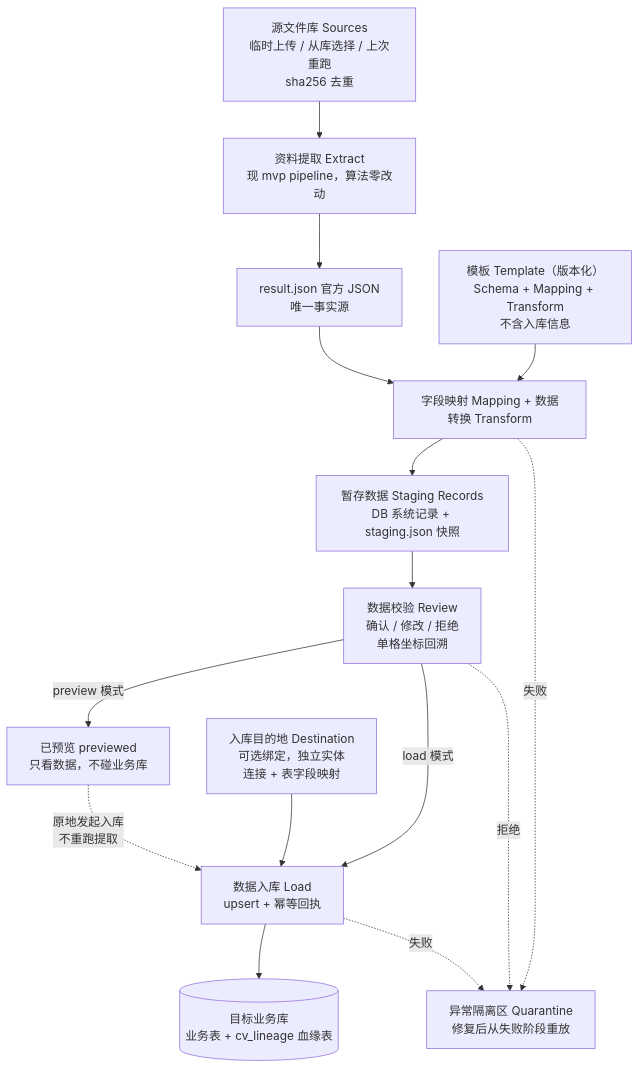
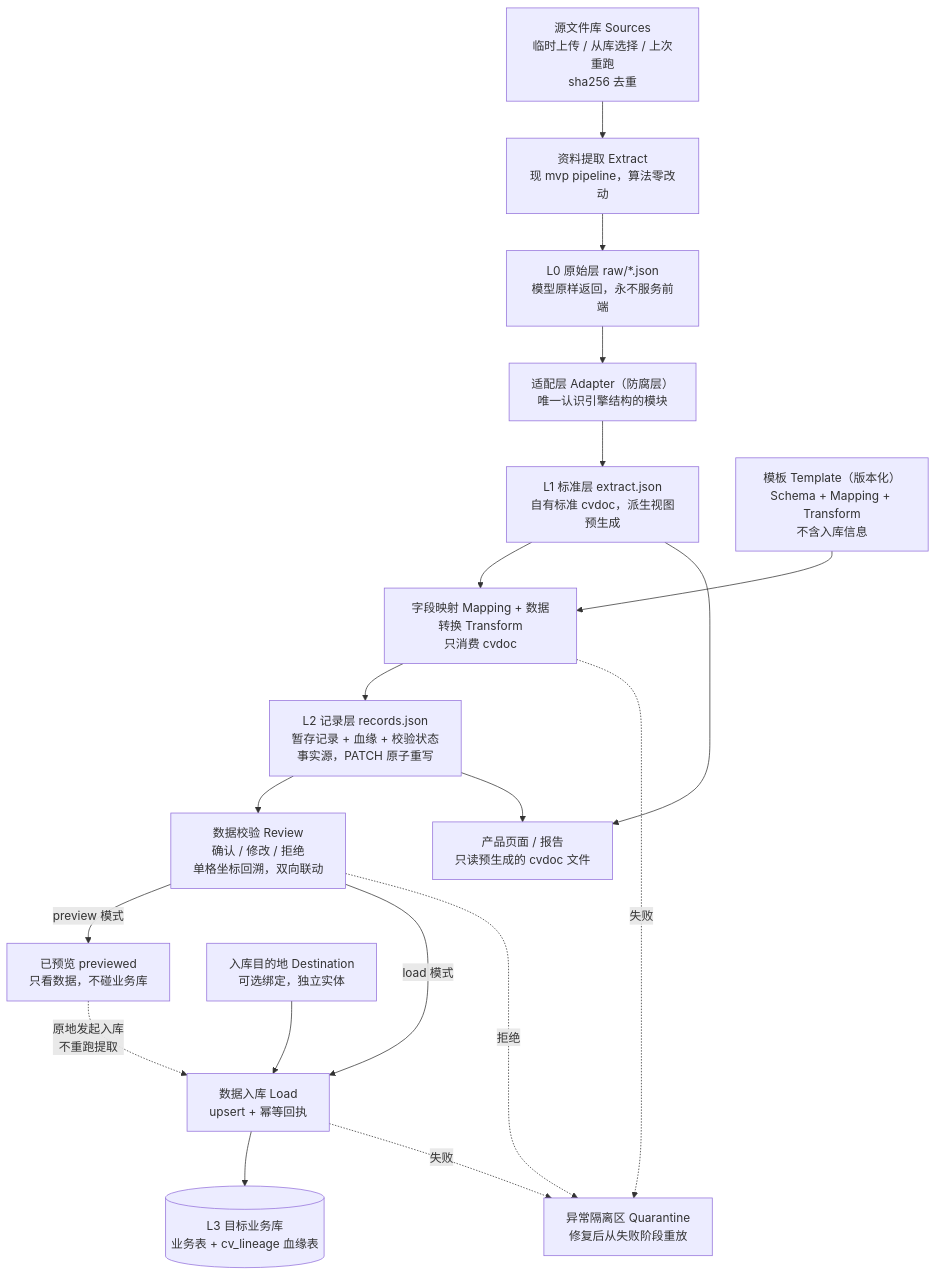
Before and after one commit to freeedoooooo/algs: the first of 7 diagrams in 20-CV/mvp/docs/design-data-pipeline.md, drawn with Mermaid. The commit also changed other lines of this file and 6 other files, not shown here.

````diff
--- a/20-CV/mvp/docs/design-data-pipeline.md
+++ b/20-CV/mvp/docs/design-data-pipeline.md
@@ -19,17 +21,21 @@
 ```mermaid
 flowchart TD
     S["源文件库 Sources<br/>临时上传 / 从库选择 / 上次重跑<br/>sha256 去重"] --> E["资料提取 Extract<br/>现 mvp pipeline，算法零改动"]
-    E --> R["result.json 官方 JSON<br/>唯一事实源"]
-    R --> MT["字段映射 Mapping + 数据转换 Transform"]
+    E --> RAW["L0 原始层 raw/*.json<br/>模型原样返回，永不服务前端"]
+    RAW --> AD["适配层 Adapter（防腐层）<br/>唯一认识引擎结构的模块"]
+    AD --> EX["L1 标准层 extract.json<br/>自有标准 cvdoc，派生视图预生成"]
+    EX --> MT["字段映射 Mapping + 数据转换 Transform<br/>只消费 cvdoc"]
     T["模板 Template（版本化）<br/>Schema + Mapping + Transform<br/>不含入库信息"] --> MT
-    MT --> ST["暂存数据 Staging Records<br/>DB 系统记录 + staging.json 快照"]
-    ST --> RV["数据校验 Review<br/>确认 / 修改 / 拒绝<br/>单格坐标回溯"]
+    MT --> ST["L2 记录层 records.json<br/>暂存记录 + 血缘 + 校验状态<br/>事实源，PATCH 原子重写"]
+    ST --> RV["数据校验 Review<br/>确认 / 修改 / 拒绝<br/>单格坐标回溯，双向联动"]
     RV -->|"preview 模式"| PV["已预览 previewed<br/>只看数据，不碰业务库"]
     RV -->|"load 模式"| L["数据入库 Load<br/>upsert + 幂等回执"]
     PV -.->|"原地发起入库<br/>不重跑提取"| L
-    D["入库目的地 Destination<br/>可选绑定，独立实体<br/>连接 + 表字段映射"] --> L
-    L --> DB[("目标业务库<br/>业务表 + cv_lineage 血缘表")]
+    D["入库目的地 Destination<br/>可选绑定，独立实体"] --> L
+    L --> DB[("L3 目标业务库<br/>业务表 + cv_lineage 血缘表")]
     MT -.->|失败| Q["异常隔离区 Quarantine<br/>修复后从失败阶段重放"]
     RV -.->|拒绝| Q
     L -.->|失败| Q
+    EX --> UI["产品页面 / 报告<br/>只读预生成的 cvdoc 文件"]
+    ST --> UI
 ```
````
